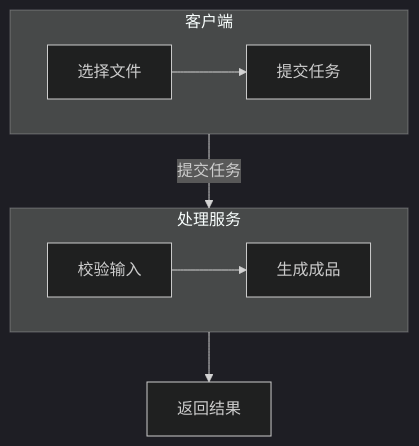
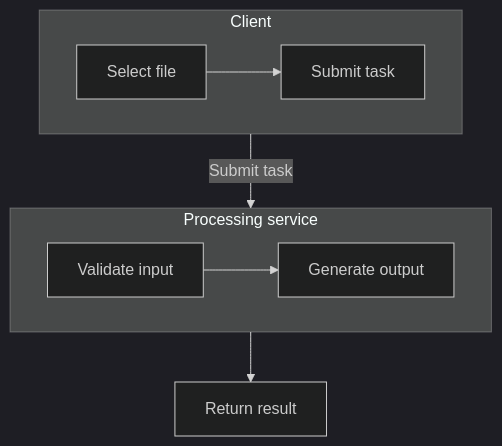
Before and after one commit to def-peter/fuxian: the second of 2 diagrams in skills/fuxian-diagram/references/mermaid/flowchart.md, drawn with Mermaid (dark theme). The commit also changed other lines of this file and 43 other files, not shown here.

Commit message:
feat(skills): internationalize diagram guides and expand type selection

````diff
--- a/skills/fuxian-diagram/references/mermaid/flowchart.md
+++ b/skills/fuxian-diagram/references/mermaid/flowchart.md
@@ -23,11 +23,11 @@
 ```mermaid
 flowchart TB
-  subgraph client["客户端"]
-    input["选择文件"] --> send["提交任务"]
+  subgraph client["Client"]
+    input["Select file"] --> send["Submit task"]
   end
-  subgraph service["处理服务"]
-    validate["校验输入"] --> render["生成成品"]
+  subgraph service["Processing service"]
+    validate["Validate input"] --> render["Generate output"]
   end
-  client -->|提交任务| service
-  service --> result["返回结果"]
+  client -->|Submit task| service
+  service --> result["Return result"]
 ```
````
